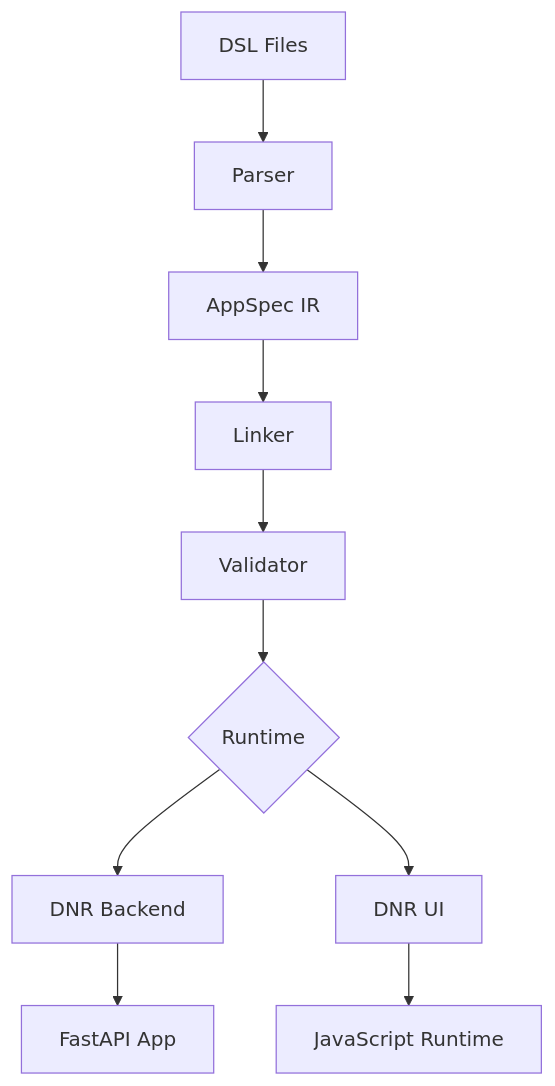
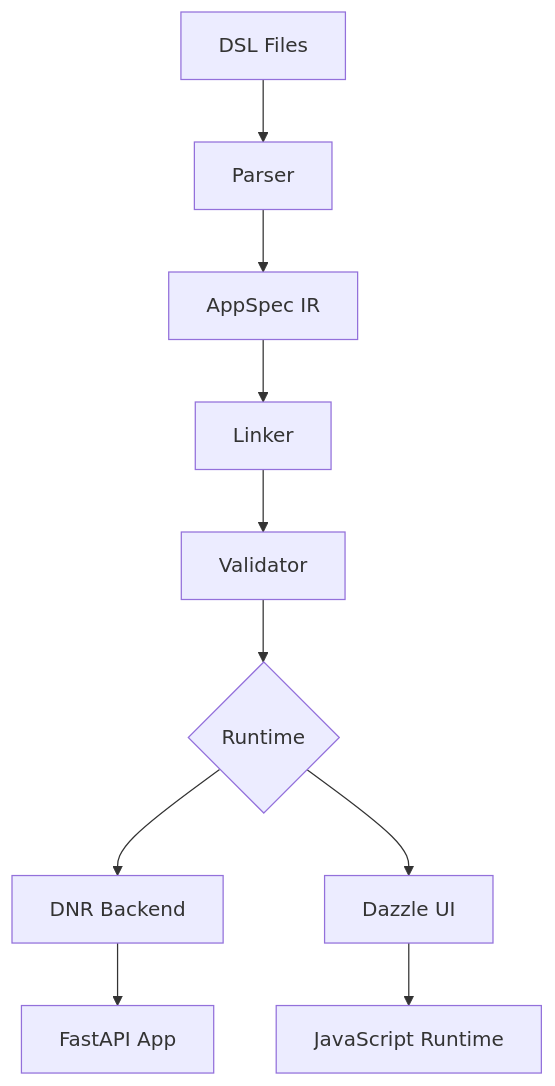
The diagram in docs/architecture/dsl-to-appspec.md (manwithacat/dazzle), drawn with Mermaid before and after one commit. The commit also changed other lines of this file and 590 other files, not shown here.

````diff
--- a/docs/architecture/dsl-to-appspec.md
+++ b/docs/architecture/dsl-to-appspec.md
@@ -7,12 +7,12 @@
 ```mermaid
 graph TD
     DSL[DSL Files] --> Parser
     Parser --> IR[AppSpec IR]
     IR --> Linker
     Linker --> Validator
     Validator --> Runtime{Runtime}
     Runtime --> Back[DNR Backend]
-    Runtime --> UI[DNR UI]
+    Runtime --> UI[Dazzle UI]
     Back --> API[FastAPI App]
     UI --> JS[JavaScript Runtime]
 ```
````
